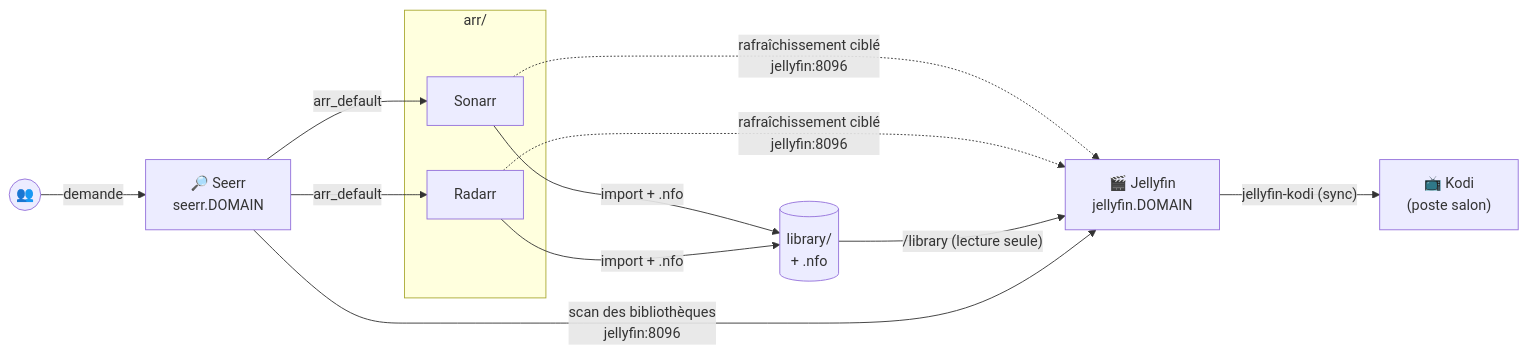
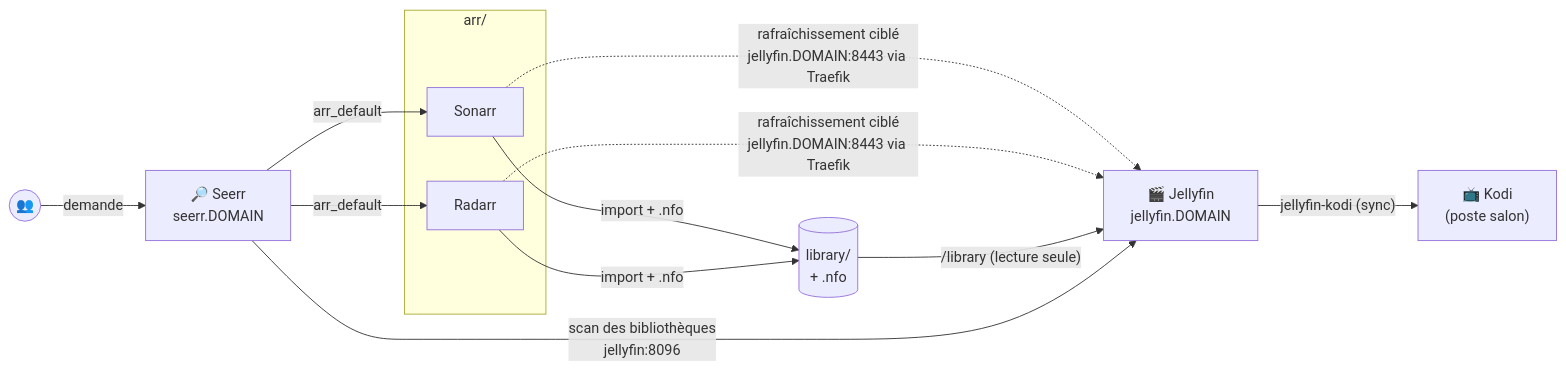
Before and after one commit to nattyebola/home-server-services: the diagram in docs/medias.md, drawn with Mermaid. The commit also changed 20 other files, not shown here.

````diff
--- a/docs/medias.md
+++ b/docs/medias.md
@@ -9,20 +9,20 @@
 ```mermaid
 flowchart LR
     subgraph arr["arr/"]
         Sonarr
         Radarr
     end
     Lib[("library/<br>+ .nfo")]
     Jellyfin["🎬 Jellyfin<br>jellyfin.DOMAIN"]
     Seerr["🔎 Seerr<br>seerr.DOMAIN"]
     Kodi["📺 Kodi<br>(poste salon)"]
     Users(("👥"))
 
     Sonarr & Radarr -->|"import + .nfo"| Lib
-    Sonarr & Radarr -.->|"rafraîchissement ciblé<br>jellyfin:8096"| Jellyfin
+    Sonarr & Radarr -.->|"rafraîchissement ciblé<br>jellyfin.DOMAIN:8443 via Traefik"| Jellyfin
     Lib -->|"/library (lecture seule)"| Jellyfin
     Jellyfin -->|"jellyfin-kodi (sync)"| Kodi
     Users -->|"demande"| Seerr
     Seerr -->|"arr_default"| Sonarr & Radarr
     Seerr -->|"scan des bibliothèques<br>jellyfin:8096"| Jellyfin
 ```
````
